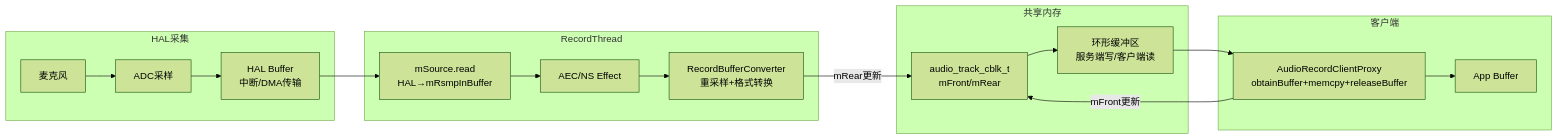
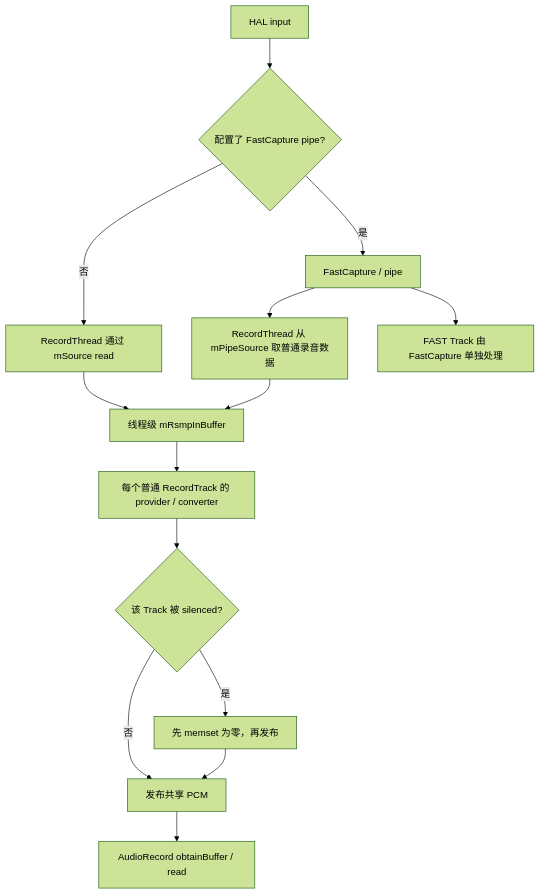
One commit to yanglinzhen1022/SA8295_AAOS_QNX_Audio_KnowledgeBase changed the third of 4 diagrams in 05_AudioFlinger/05_5.10_录音全栈调用链.md. Above: the diagram before and after it, drawn with Mermaid (forest theme). The commit also changed other lines of this file and 11 other files, not shown here.

Commit message:
docs: rebuild native PCM and policy learning path from local source

````diff
--- a/05_AudioFlinger/05_5.10_录音全栈调用链.md
+++ b/05_AudioFlinger/05_5.10_录音全栈调用链.md
@@ -841,32 +99,16 @@
 ```mermaid
-graph LR
-    subgraph HAL采集
-        Mic[麦克风] --> ADC[ADC采样]
-        ADC --> HALBuf[HAL Buffer<br>中断/DMA传输]
-    end
-
-    subgraph RecordThread
-        HALRead[mSource.read<br>HAL→mRsmpInBuffer]
-        Eff[AEC/NS Effect]
-        RBC[RecordBufferConverter<br>重采样+格式转换]
-    end
-
-    subgraph 共享内存
-        Cblk[audio_track_cblk_t<br>mFront/mRear]
-        Buf[环形缓冲区<br>服务端写/客户端读]
-    end
-
-    subgraph 客户端
-        Proxy[AudioRecordClientProxy<br>obtainBuffer+memcpy+releaseBuffer]
-        AppBuf[App Buffer]
-    end
-
-    HALBuf --> HALRead
-    HALRead --> Eff
-    Eff --> RBC
-    RBC -->|mRear更新| Cblk
-    Cblk --> Buf
-    Buf --> Proxy
-    Proxy -->|mFront更新| Cblk
-    Proxy --> AppBuf
+flowchart TD
+    H[HAL input] --> C{配置了 FastCapture pipe?}
+    C -->|否| R[RecordThread 通过 mSource read]
+    C -->|是| F[FastCapture / pipe]
+    F --> P[RecordThread 从 mPipeSource 取普通录音数据]
+    R --> B[线程级 mRsmpInBuffer]
+    P --> B
+    B --> V[每个普通 RecordTrack 的 provider / converter]
+    V --> S{该 Track 被 silenced?}
+    S -->|否| Q[发布共享 PCM]
+    S -->|是| Z[先 memset 为零，再发布]
+    Z --> Q
+    Q --> A[AudioRecord obtainBuffer / read]
+    F --> FT[FAST Track 由 FastCapture 单独处理]
 ```
````
